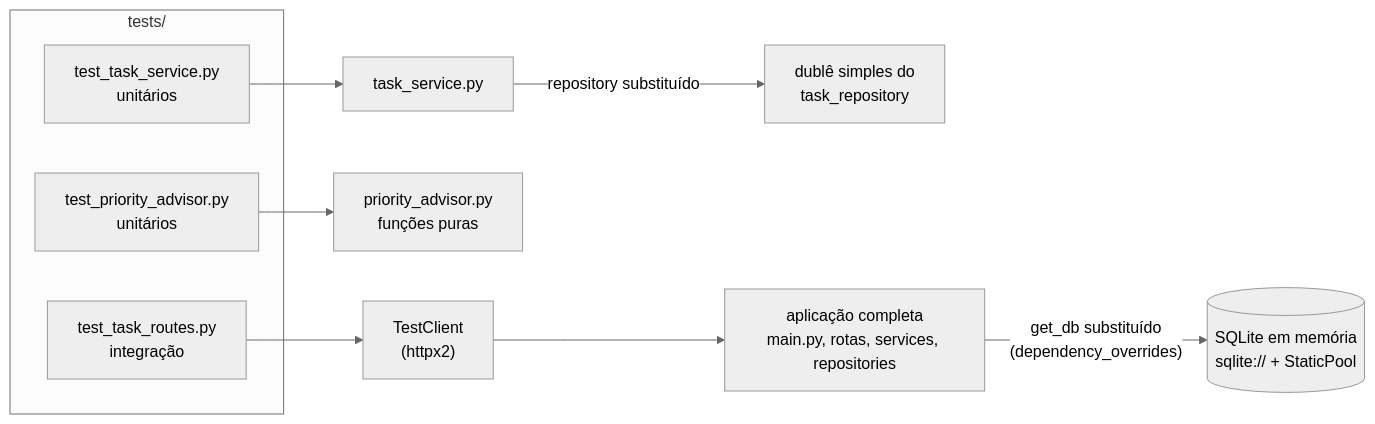
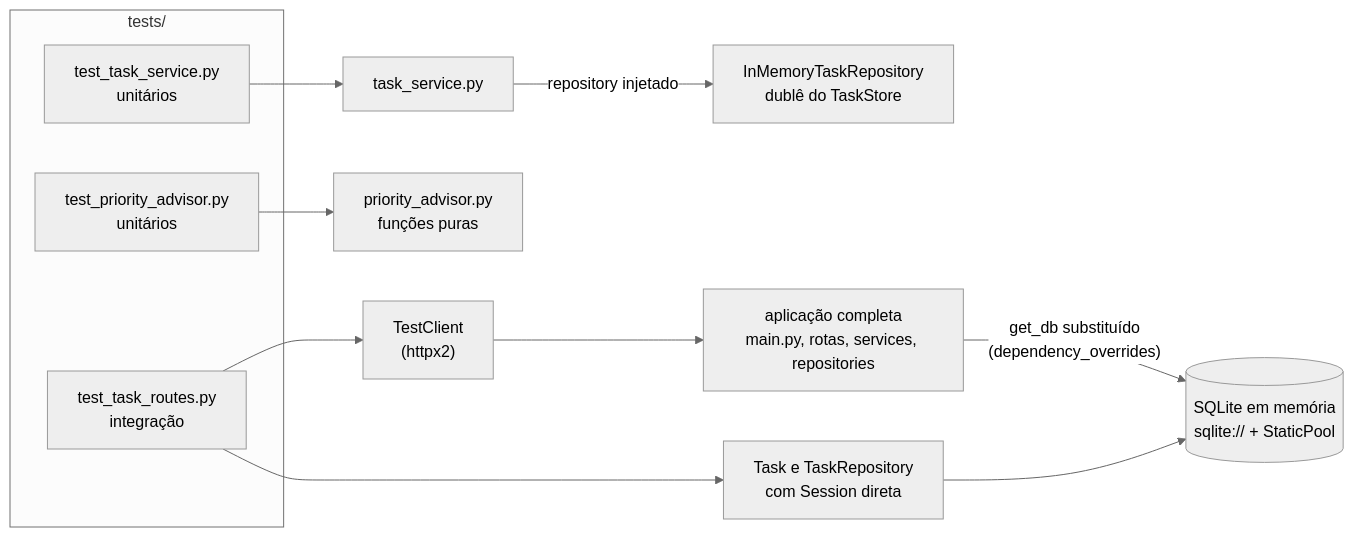
Before and after one commit to luisZsiqueira/laboratorio-projeto: the sixth of 6 diagrams in docs/arquitetura.md, drawn with Mermaid (neutral theme). The commit also changed other lines of this file and 11 other files, not shown here.

````diff
--- a/docs/arquitetura.md
+++ b/docs/arquitetura.md
@@ -223,22 +236,25 @@
 ```mermaid
 flowchart LR
     subgraph tests["tests/"]
         t_service["test_task_service.py<br/>unitários"]
         t_advisor["test_priority_advisor.py<br/>unitários"]
         t_routes["test_task_routes.py<br/>integração"]
     end
 
     task_service["task_service.py"]
-    double["dublê simples do<br/>task_repository"]
+    double["InMemoryTaskRepository<br/>dublê do TaskStore"]
     priority_advisor["priority_advisor.py<br/>funções puras"]
     client["TestClient<br/>(httpx2)"]
     app["aplicação completa<br/>main.py, rotas, services, repositories"]
+    persistence["Task e TaskRepository<br/>com Session direta"]
     mem[("SQLite em memória<br/>sqlite:// + StaticPool")]
 
     t_service --> task_service
-    task_service -->|"repository substituído"| double
+    task_service -->|"repository injetado"| double
     t_advisor --> priority_advisor
     t_routes --> client
     client --> app
     app -->|"get_db substituído<br/>(dependency_overrides)"| mem
+    t_routes --> persistence
+    persistence --> mem
 ```
````
